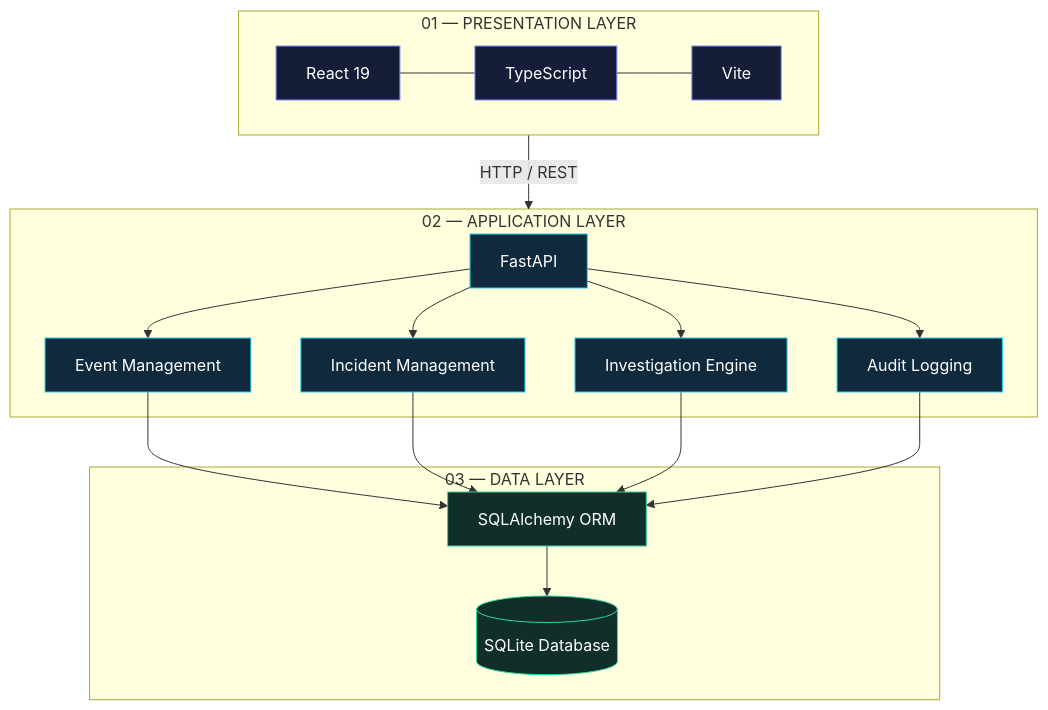
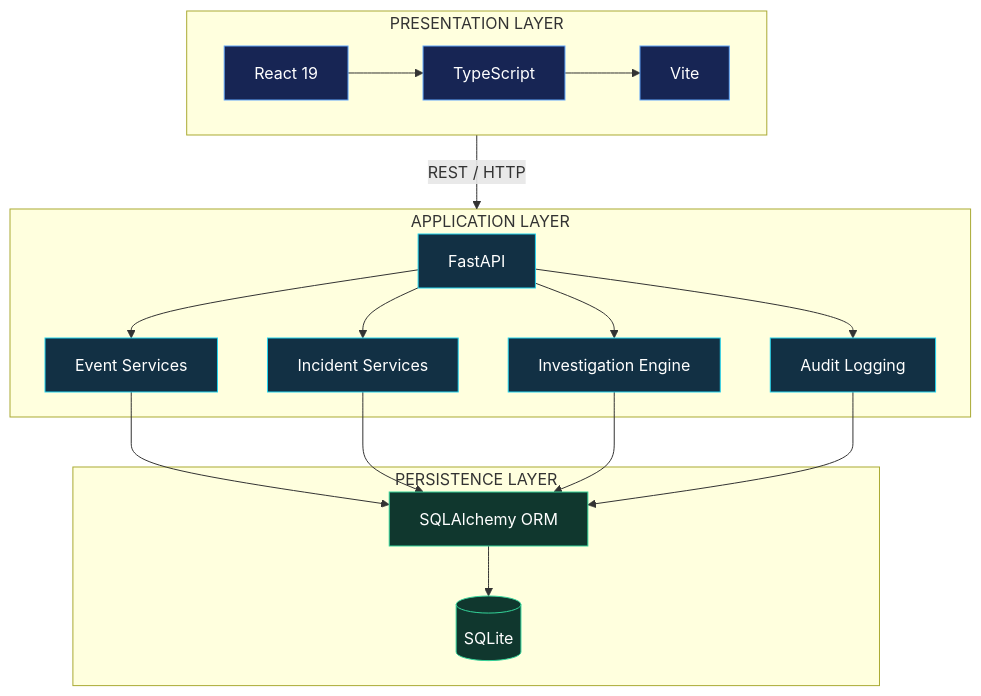
One commit to akankshad1712/opspilot-ai changed the third of 5 diagrams in README.md. Above: the diagram before and after it, drawn with Mermaid. The commit also changed other lines of this file, not shown here.

````diff
--- a/README.md
+++ b/README.md
@@ -201,44 +264,45 @@
 ```mermaid
 flowchart TB
 
-    subgraph CLIENT["01  —  PRESENTATION LAYER"]
-        UI["React 19"]
-        TS["TypeScript"]
-        VITE["Vite"]
-        UI --- TS
-        TS --- VITE
+    subgraph FRONTEND["PRESENTATION LAYER"]
+        A["React 19"]
+        B["TypeScript"]
+        C["Vite"]
+        A --> B
+        B --> C
     end
 
-    subgraph API["02  —  APPLICATION LAYER"]
-        FAST["FastAPI"]
-        EVENT["Event Management"]
-        INCIDENT["Incident Management"]
-        INVEST["Investigation Engine"]
-        AUDIT["Audit Logging"]
+    subgraph BACKEND["APPLICATION LAYER"]
+        D["FastAPI"]
+        E["Event Services"]
+        F["Incident Services"]
+        G["Investigation Engine"]
+        H["Audit Logging"]
 
-        FAST --> EVENT
-        FAST --> INCIDENT
-        FAST --> INVEST
-        FAST --> AUDIT
+        D --> E
+        D --> F
+        D --> G
+        D --> H
     end
 
-    subgraph DATA["03  —  DATA LAYER"]
-        ORM["SQLAlchemy ORM"]
-        DB[("SQLite Database")]
-        ORM --> DB
+    subgraph PERSISTENCE["PERSISTENCE LAYER"]
+        I["SQLAlchemy ORM"]
+        J[("SQLite")]
+        I --> J
     end
 
-    CLIENT -->|"HTTP / REST"| API
-    EVENT --> ORM
-    INCIDENT --> ORM
-    INVEST --> ORM
-    AUDIT --> ORM
+    FRONTEND -->|"REST / HTTP"| BACKEND
 
-    classDef frontend fill:#151D38,stroke:#818CF8,color:#FFFFFF
-    classDef backend fill:#102A3D,stroke:#22D3EE,color:#FFFFFF
-    classDef database fill:#102F2B,stroke:#34D399,color:#FFFFFF
+    E --> I
+    F --> I
+    G --> I
+    H --> I
 
-    class UI,TS,VITE frontend
-    class FAST,EVENT,INCIDENT,INVEST,AUDIT backend
-    class ORM,DB database
+    classDef frontend fill:#172554,stroke:#60A5FA,color:#FFFFFF
+    classDef backend fill:#123044,stroke:#22D3EE,color:#FFFFFF
+    classDef data fill:#10372E,stroke:#34D399,color:#FFFFFF
+
+    class A,B,C frontend
+    class D,E,F,G,H backend
+    class I,J data
 ```
````
